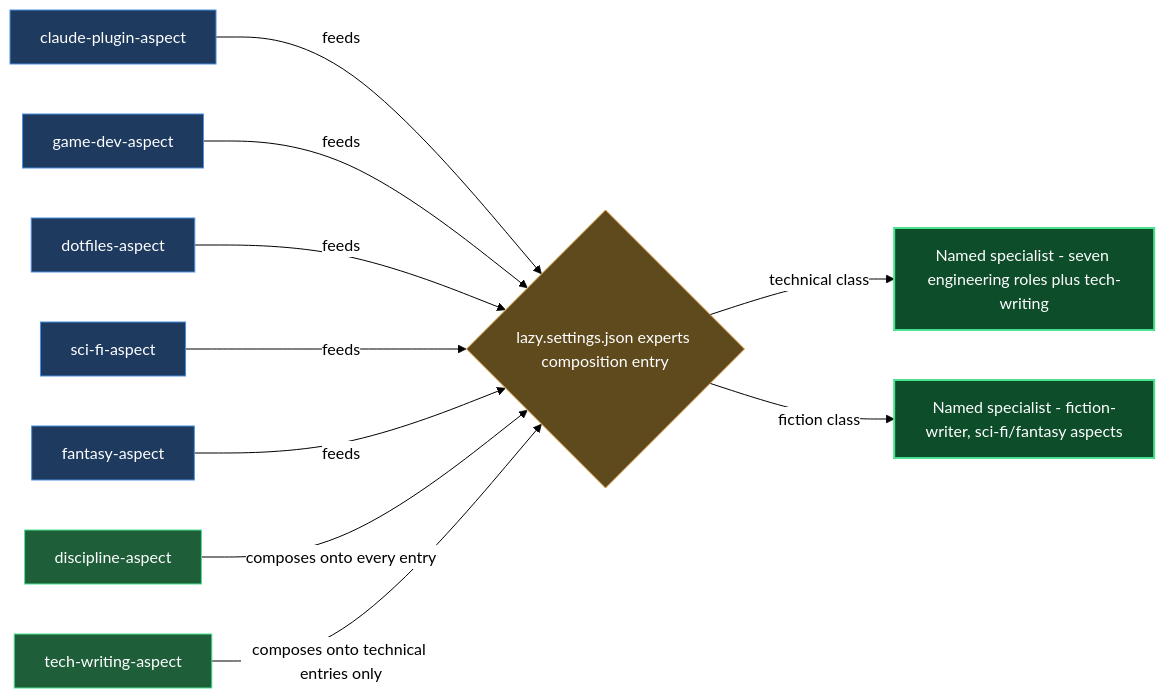
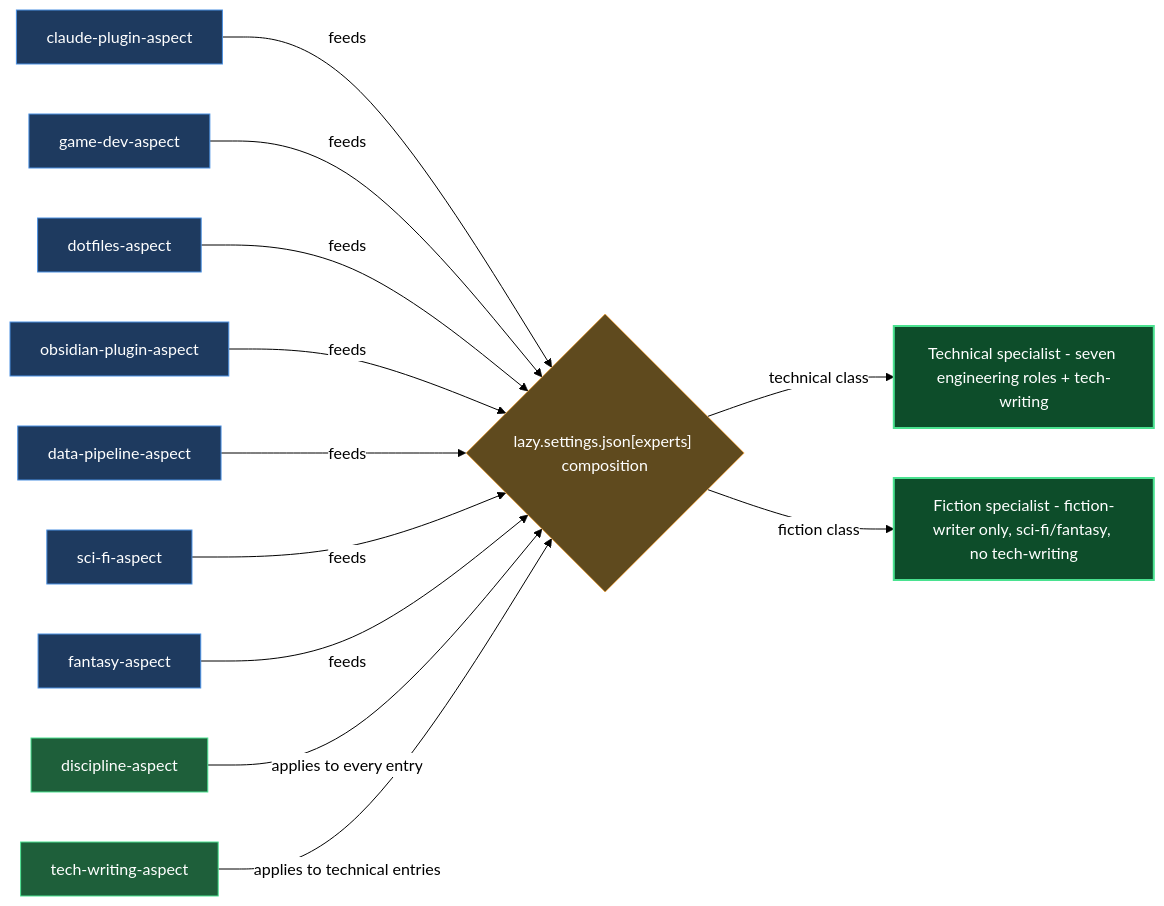
Before and after one commit to mebius-san/lazy-cortex: the diagram in claude/lazycortex-experts/help/aspects.md, drawn with Mermaid. The commit also changed other lines of this file and 15 other files, not shown here.

````diff
--- a/claude/lazycortex-experts/help/aspects.md
+++ b/claude/lazycortex-experts/help/aspects.md
@@ -83,40 +97,45 @@
 ```mermaid
 %%{init: {'themeVariables':{'background':'transparent','lineColor':'#000','textColor':'#000','edgeLabelBackground':'#fff'},'themeCSS':'.edgeLabel{background-color:transparent!important}.edgeLabel p{background-color:transparent!important}','flowchart':{'diagramPadding':5,'useMaxWidth':true}}}%%
 flowchart LR
   claudePluginAspect[claude-plugin-aspect]
   gameDevAspect[game-dev-aspect]
   dotfilesAspect[dotfiles-aspect]
+  obsidianPluginAspect[obsidian-plugin-aspect]
+  dataPipelineAspect[data-pipeline-aspect]
   sciFiAspect[sci-fi-aspect]
   fantasyAspect[fantasy-aspect]
   disciplineAspect[discipline-aspect]
   techWritingAspect[tech-writing-aspect]
-  expertsComposition{lazy.settings.json experts composition entry}
-  technicalSpecialist[Named specialist - seven engineering roles plus tech-writing]
-  fictionSpecialist[Named specialist - fiction-writer, sci-fi/fantasy aspects]
+  expertsComposition{"lazy.settings.json[experts] composition"}
+  technicalBranch[Technical specialist - seven engineering roles + tech-writing]
+  fictionBranch[Fiction specialist - fiction-writer only, sci-fi/fantasy, no tech-writing]
 
   claudePluginAspect -->|feeds| expertsComposition
   gameDevAspect -->|feeds| expertsComposition
   dotfilesAspect -->|feeds| expertsComposition
+  obsidianPluginAspect -->|feeds| expertsComposition
+  dataPipelineAspect -->|feeds| expertsComposition
   sciFiAspect -->|feeds| expertsComposition
   fantasyAspect -->|feeds| expertsComposition
-  disciplineAspect -->|composes onto every entry| expertsComposition
-  techWritingAspect -->|composes onto technical entries only| expertsComposition
-  expertsComposition -->|technical class| technicalSpecialist
-  expertsComposition -->|fiction class| fictionSpecialist
+  disciplineAspect -->|applies to every entry| expertsComposition
+  techWritingAspect -->|applies to technical entries| expertsComposition
+  expertsComposition -->|technical class| technicalBranch
+  expertsComposition -->|fiction class| fictionBranch
 
   classDef entry fill:#1e3a5f,stroke:#4a90e2,color:#fff
   classDef guard fill:#5f4a1e,stroke:#e2a14a,color:#fff
   classDef action fill:#1e5f3a,stroke:#4ae290,color:#fff
   classDef success fill:#0d4d2a,stroke:#4ae290,color:#fff,stroke-width:2px
-
   class claudePluginAspect entry
   class gameDevAspect entry
   class dotfilesAspect entry
+  class obsidianPluginAspect entry
+  class dataPipelineAspect entry
   class sciFiAspect entry
   class fantasyAspect entry
   class disciplineAspect action
   class techWritingAspect action
   class expertsComposition guard
-  class technicalSpecialist success
-  class fictionSpecialist success
+  class technicalBranch success
+  class fictionBranch success
 ```
````
